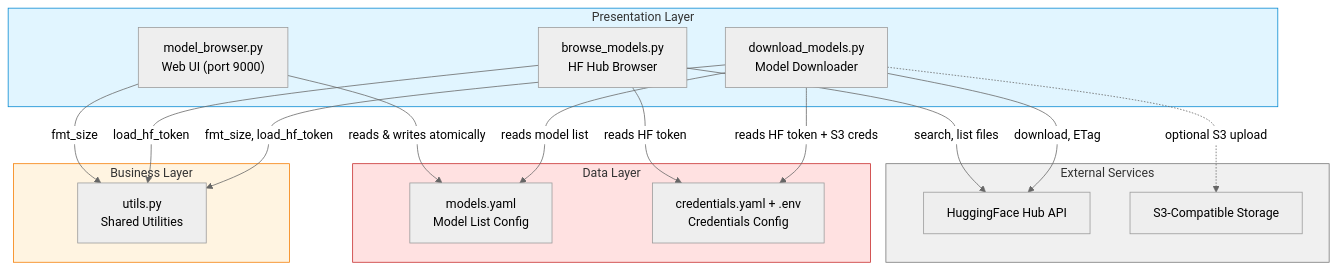
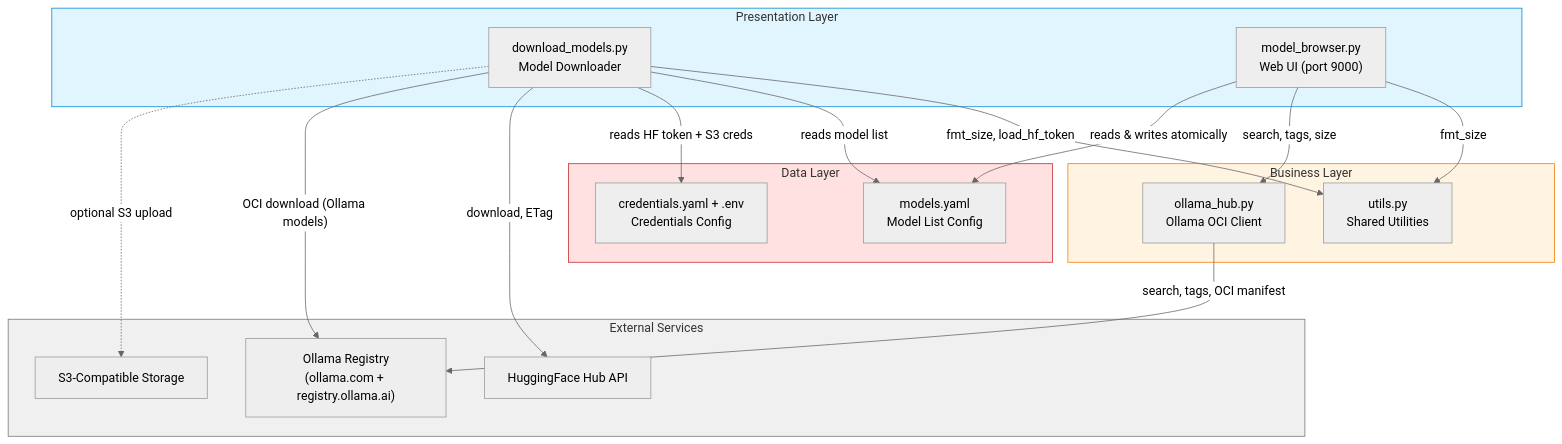
One commit to ikeniborn/aihub changed the diagram in docs/architecture/README.md. Above: the diagram before and after it, drawn with Mermaid (neutral theme). The commit also changed other lines of this file and 10 other files, not shown here.

````diff
--- a/docs/architecture/README.md
+++ b/docs/architecture/README.md
@@ -18,38 +18,39 @@
 ```mermaid
 graph TD
     subgraph presentation["Presentation Layer"]
         DL["download_models.py\nModel Downloader"]
-        BM["browse_models.py\nHF Hub Browser"]
         MB["model_browser.py\nWeb UI (port 9000)"]
     end
 
     subgraph business["Business Layer"]
         UT["utils.py\nShared Utilities"]
+        OH["ollama_hub.py\nOllama OCI Client"]
     end
 
     subgraph data["Data Layer"]
         MC["models.yaml\nModel List Config"]
         CC["credentials.yaml + .env\nCredentials Config"]
     end
 
     subgraph external["External Services"]
         HF["HuggingFace Hub API"]
+        OL["Ollama Registry\n(ollama.com + registry.ollama.ai)"]
         S3["S3-Compatible Storage"]
     end
 
     DL -->|"fmt_size, load_hf_token"| UT
     DL -->|"reads model list"| MC
     DL -->|"reads HF token + S3 creds"| CC
-    BM -->|"load_hf_token"| UT
-    BM -->|"reads HF token"| CC
     MB -->|"fmt_size"| UT
+    MB -->|"search, tags, size"| OH
     MB -->|"reads & writes atomically"| MC
     DL -->|"download, ETag"| HF
-    BM -->|"search, list files"| HF
+    OH -->|"search, tags, OCI manifest"| OL
+    DL -->|"OCI download (Ollama models)"| OL
     DL -.->|"optional S3 upload"| S3
 
     style presentation fill:#e1f5ff,stroke:#0288d1
     style business fill:#fff4e1,stroke:#f57c00
     style data fill:#ffe1e1,stroke:#c62828
     style external fill:#f0f0f0,stroke:#757575
 ```
````
